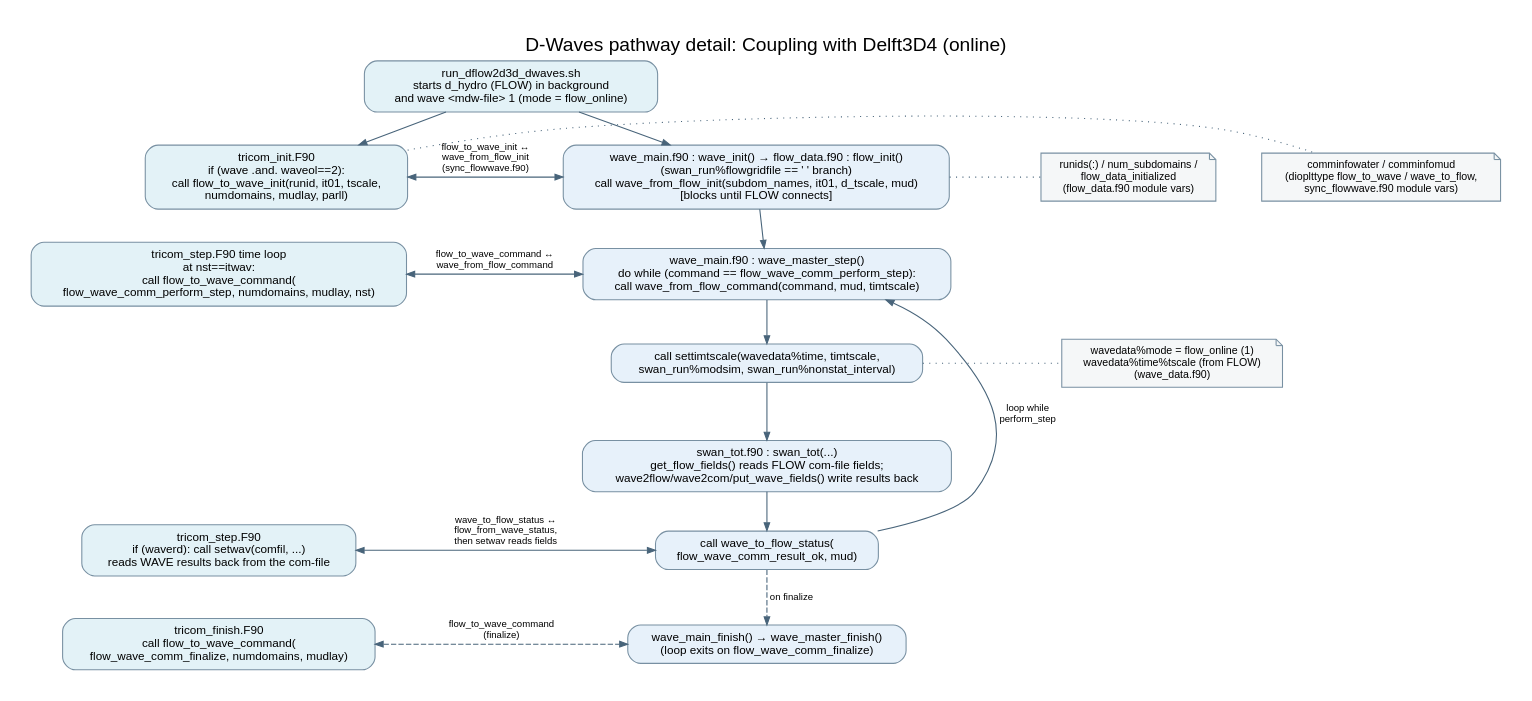
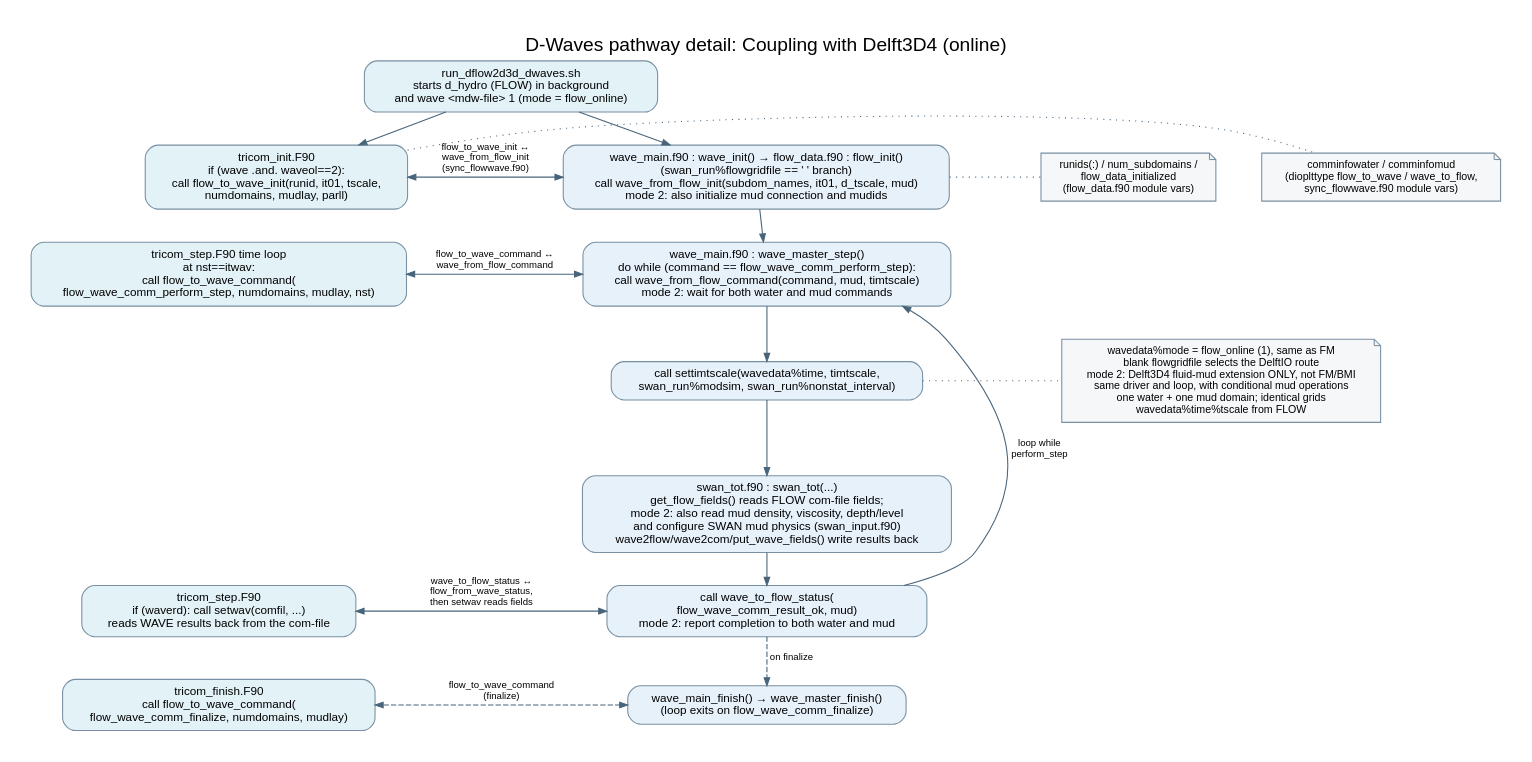
The diagram in src/engines_gpl/wave/docs/include/dwaves_pathway_delft3d4_detailed.dot (Deltares/Delft3D), drawn with Graphviz before and after one commit. The commit also changed 9 other files, not shown here.

```diff
--- a/src/engines_gpl/wave/docs/include/dwaves_pathway_delft3d4_detailed.dot
+++ b/src/engines_gpl/wave/docs/include/dwaves_pathway_delft3d4_detailed.dot
@@ -1,76 +1,76 @@
 digraph dwaves_pathway_delft3d4 {
     graph [
         label="D-Waves pathway detail: Coupling with Delft3D4 (online)",
         labelloc=t,
         fontsize=18,
         fontname="Helvetica",
         rankdir=TB,
         nodesep=0.6,
         ranksep=0.4,
         pad=0.3,
         bgcolor="white"
     ];
     node [fontname="Helvetica", fontsize=11, margin="0.15,0.09"];
     edge [fontname="Helvetica", fontsize=9, color="#48647A", arrowsize=0.75];
 
     launch [shape=box, style="rounded,filled", fillcolor="#E3F2F7", color="#7890A2",
             label="run_dflow2d3d_dwaves.sh\nstarts d_hydro (FLOW) in background\nand wave <mdw-file> 1 (mode = flow_online)"];
 
     subgraph cluster_flow {
         label="FLOW process (flow2d3d)";
         color="#3B82A0";
         style="rounded";
         node [shape=box, style="rounded,filled", fillcolor="#E3F2F7", color="#7890A2"];
         tricom_init   [label="tricom_init.F90\nif (wave .and. waveol==2):\ncall flow_to_wave_init(runid, it01, tscale,\nnumdomains, mudlay, parll)"];
         tricom_step   [label="tricom_step.F90 time loop\nat nst==itwav:\ncall flow_to_wave_command(\nflow_wave_comm_perform_step, numdomains, mudlay, nst)"];
         spacer1 [shape=point, style=invis, width=0.01];
         spacer2 [shape=point, style=invis, width=0.01];
         tricom_read   [label="tricom_step.F90\nif (waverd): call setwav(comfil, ...)\nreads WAVE results back from the com-file"];
         tricom_finish [label="tricom_finish.F90\ncall flow_to_wave_command(\nflow_wave_comm_finalize, numdomains, mudlay)"];
         tricom_init -> tricom_step [style=invis];
         tricom_step -> spacer1 -> spacer2 -> tricom_read [style=invis];
         tricom_read -> tricom_finish [style=invis];
     }
 
     subgraph cluster_wave {
         label="WAVE process (D-Waves)";
         color="#3B82A0";
         style="rounded";
         node [shape=box, style="rounded,filled", fillcolor="#E7F1FA", color="#7890A2"];
-        wave_init_call [label="wave_main.f90 : wave_init() → flow_data.f90 : flow_init()\n(swan_run%flowgridfile == ' ' branch)\ncall wave_from_flow_init(subdom_names, it01, d_tscale, mud)\n[blocks until FLOW connects]"];
-        master_step [label="wave_main.f90 : wave_master_step()\ndo while (command == flow_wave_comm_perform_step):\ncall wave_from_flow_command(command, mud, timtscale)"];
+        wave_init_call [label="wave_main.f90 : wave_init() → flow_data.f90 : flow_init()\n(swan_run%flowgridfile == ' ' branch)\ncall wave_from_flow_init(subdom_names, it01, d_tscale, mud)\nmode 2: also initialize mud connection and mudids"];
+        master_step [label="wave_main.f90 : wave_master_step()\ndo while (command == flow_wave_comm_perform_step):\ncall wave_from_flow_command(command, mud, timtscale)\nmode 2: wait for both water and mud commands"];
         settime [label="call settimtscale(wavedata%time, timtscale,\nswan_run%modsim, swan_run%nonstat_interval)"];
-        swan_tot [label="swan_tot.f90 : swan_tot(...)\nget_flow_fields() reads FLOW com-file fields;\nwave2flow/wave2com/put_wave_fields() write results back"];
-        status [label="call wave_to_flow_status(\nflow_wave_comm_result_ok, mud)"];
+        swan_tot [label="swan_tot.f90 : swan_tot(...)\nget_flow_fields() reads FLOW com-file fields;\nmode 2: also read mud density, viscosity, depth/level\nand configure SWAN mud physics (swan_input.f90)\nwave2flow/wave2com/put_wave_fields() write results back"];
+        status [label="call wave_to_flow_status(\nflow_wave_comm_result_ok, mud)\nmode 2: report completion to both water and mud"];
         wave_finish [label="wave_main_finish() → wave_master_finish()\n(loop exits on flow_wave_comm_finalize)"];
         wave_init_call -> master_step -> settime -> swan_tot -> status;
         status -> master_step [label="loop while\nperform_step", constraint=false];
         status -> wave_finish [style=dashed, label="on finalize"];
     }
 
     launch -> tricom_init;
     launch -> wave_init_call;
 
     { rank=same; tricom_init; wave_init_call; }
     { rank=same; tricom_step; master_step; }
     { rank=same; spacer1; settime; }
     { rank=same; spacer2; swan_tot; }
     { rank=same; tricom_read; status; }
     { rank=same; tricom_finish; wave_finish; }
 
     tricom_init -> wave_init_call [dir=both, label="flow_to_wave_init ↔\nwave_from_flow_init\n(sync_flowwave.f90)", constraint=false];
     tricom_step -> master_step [dir=both, label="flow_to_wave_command ↔\nwave_from_flow_command", constraint=false];
     status -> tricom_read [dir=both, label="wave_to_flow_status ↔\nflow_from_wave_status,\nthen setwav reads fields", constraint=false];
     tricom_finish -> wave_finish [dir=both, style=dashed, label="flow_to_wave_command\n(finalize)", constraint=false];
 
     node [shape=note, style=filled, fillcolor="#F5F7F8", color="#7890A2", fontsize=10];
     st_comminfo [label="comminfowater / comminfomud\n(dioplttype flow_to_wave / wave_to_flow,\nsync_flowwave.f90 module vars)"];
     st_runids [label="runids(:) / num_subdomains /\nflow_data_initialized\n(flow_data.f90 module vars)"];
-    st_mode [label="wavedata%mode = flow_online (1)\nwavedata%time%tscale (from FLOW)\n(wave_data.f90)"];
+    st_mode [label="wavedata%mode = flow_online (1), same as FM\nblank flowgridfile selects the DelftIO route\nmode 2: Delft3D4 fluid-mud extension ONLY, not FM/BMI\nsame driver and loop, with conditional mud operations\none water + one mud domain; identical grids\nwavedata%time%tscale from FLOW"];
 
     { rank=same; tricom_init; wave_init_call; st_comminfo; st_runids; }
     { rank=same; spacer1; settime; st_mode; }
     tricom_init -> st_comminfo [style=dotted, arrowhead=none, constraint=false];
     wave_init_call -> st_runids [style=dotted, arrowhead=none, constraint=false];
     settime -> st_mode [style=dotted, arrowhead=none, constraint=false];
 }
```
